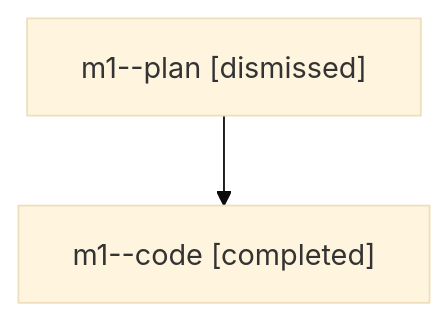
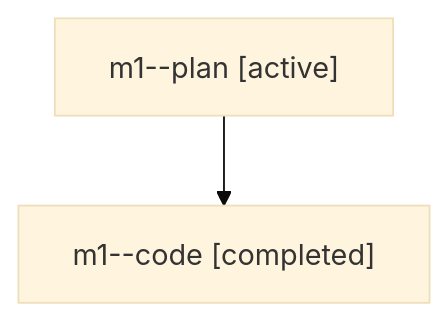
One commit to sase-org/sase--agents changed the diagram in families/bbugyi200.athena.m1.md. Above: the diagram before and after it, drawn with Mermaid (base theme). The commit also changed other lines of this file and 5813 other files, not shown here.

````diff
--- a/families/bbugyi200.athena.m1.md
+++ b/families/bbugyi200.athena.m1.md
@@ -9,6 +9,6 @@
 ```mermaid
 flowchart TD
-  n0["m1--plan [dismissed]"]
+  n0["m1--plan [active]"]
   n1["m1--code [completed]"]
   n0 --> n1
 ```
````
